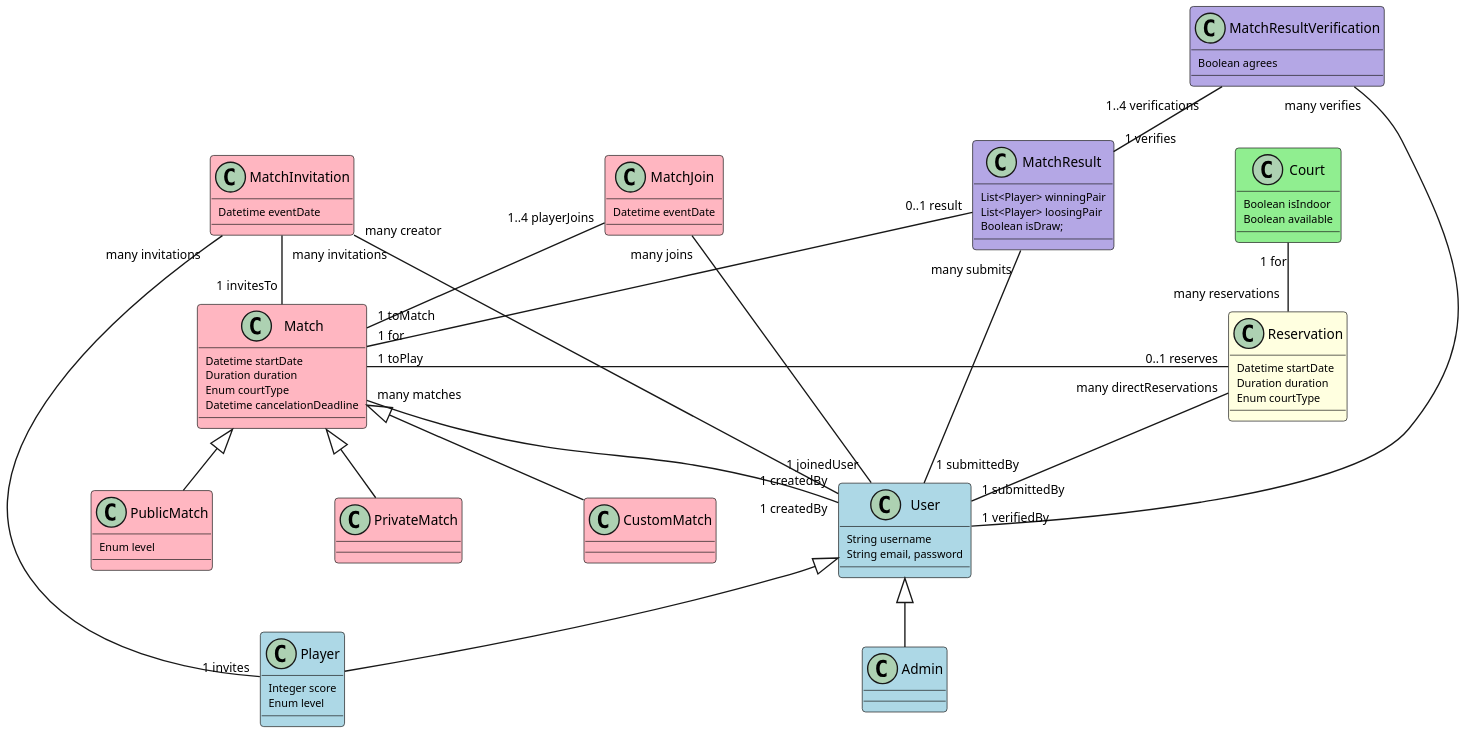
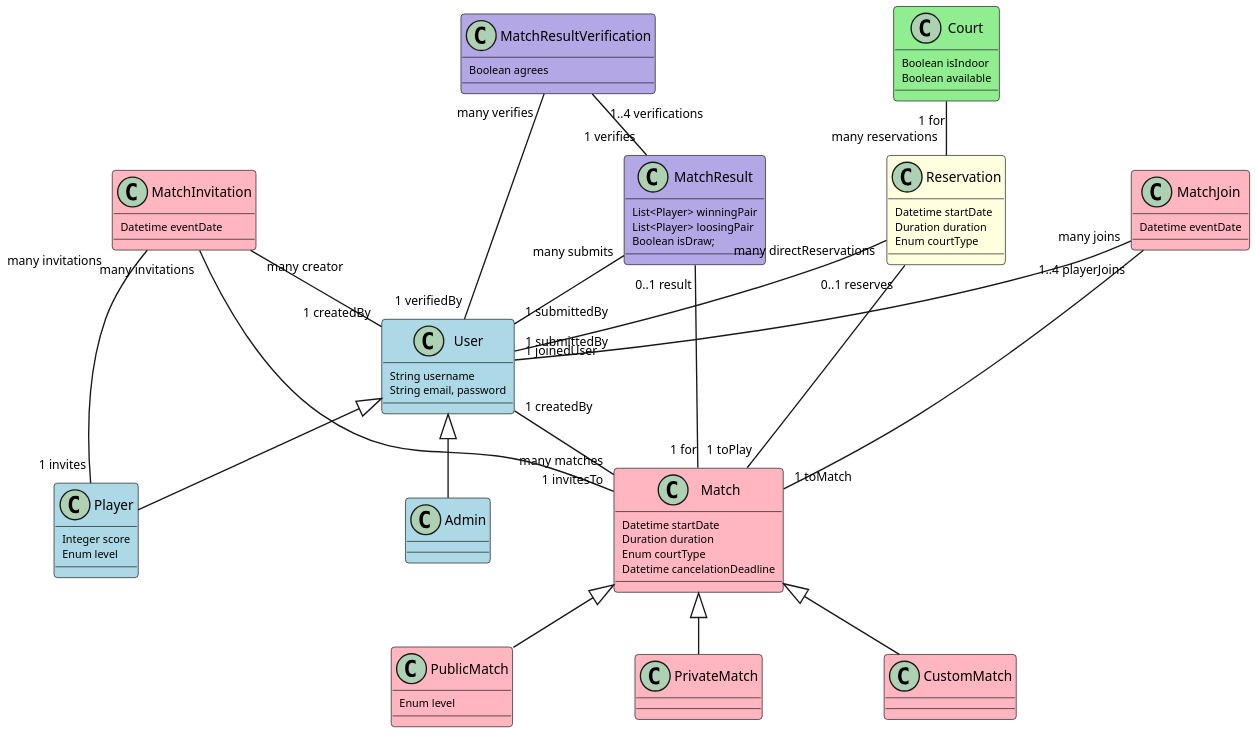
One commit to UdL-EPS-SoftArch/mypadel-api changed the diagram in entity-model.puml. Above: the diagram before and after it, drawn with PlantUML.

Commit message:
Solve entity model sizing problem

```diff
--- a/entity-model.puml
+++ b/entity-model.puml
@@ -4,92 +4,92 @@
 @startuml
 skinparam dpi 200
 skinparam classAttributeFontSize 8
 skinparam classArrowFontSize 9
 skinparam classFontSize 10
 skinparam nodesep 90
 skinparam ranksep 40
 hide stereotype
 skinparam class {
 	BackgroundColor White
 	BackgroundColor<<Match>> LightPink
 	BackgroundColor<<MatchResult>> #B4A7E5
 	BackgroundColor<<User>> LightBlue
 	BackgroundColor<<Court>> LightGreen
 	BackgroundColor<<Reservation>> LightYellow
 }
 
 class User <<User>> {
     String username
     String email, password
 }
 User "1 createdBy" -- "many matches" Match
 
 
 
 class Admin <<User>> extends User {
 }
 
 class Player <<User>> extends User {
     Integer score
     Enum level
 }
 
 class Match <<Match>> {
     Datetime startDate
     Duration duration
     Enum courtType
     Datetime cancelationDeadline
 }
 
 class PublicMatch <<Match>> extends Match {
     Enum level
 }
 
 class PrivateMatch <<Match>> extends Match {
 }
 
 class CustomMatch <<Match>> extends Match {
 }
 
 class MatchJoin <<Match>> {
     Datetime eventDate
 }
 MatchJoin "many joins" -- "1 joinedUser" User
 MatchJoin "1..4 playerJoins" -- "1 toMatch" Match
 
 class MatchInvitation <<Match>> {
     Datetime eventDate
 }
 MatchInvitation "many creator" -- "1 createdBy" User
 MatchInvitation "many invitations" -- "1 invites" Player
 MatchInvitation "many invitations" -- "1 invitesTo" Match
 
 class MatchResult <<MatchResult>> {
     List<Player> winningPair
     List<Player> loosingPair
     Boolean isDraw;
 }
 MatchResult "many submits" -- "1 submittedBy" User
 MatchResult "0..1 result" -- "1 for" Match
 
 class MatchResultVerification <<MatchResult>> {
     Boolean agrees
 }
 MatchResultVerification "many verifies" -- "1 verifiedBy" User
 MatchResultVerification "1..4 verifications" -- "1 verifies" MatchResult
 
 class Reservation <<Reservation>> {
     Datetime startDate
     Duration duration
     Enum courtType
 }
-Reservation "0..1 reserves" -left- "1 toPlay" Match
+Reservation "0..1 reserves" -- "1 toPlay" Match
 Reservation "many directReservations" -- "1 submittedBy" User
 
 class Court <<Court>> {
     Boolean isIndoor
     Boolean available
 }
 Court "1 for" -- "many reservations" Reservation
 
 @enduml
```
